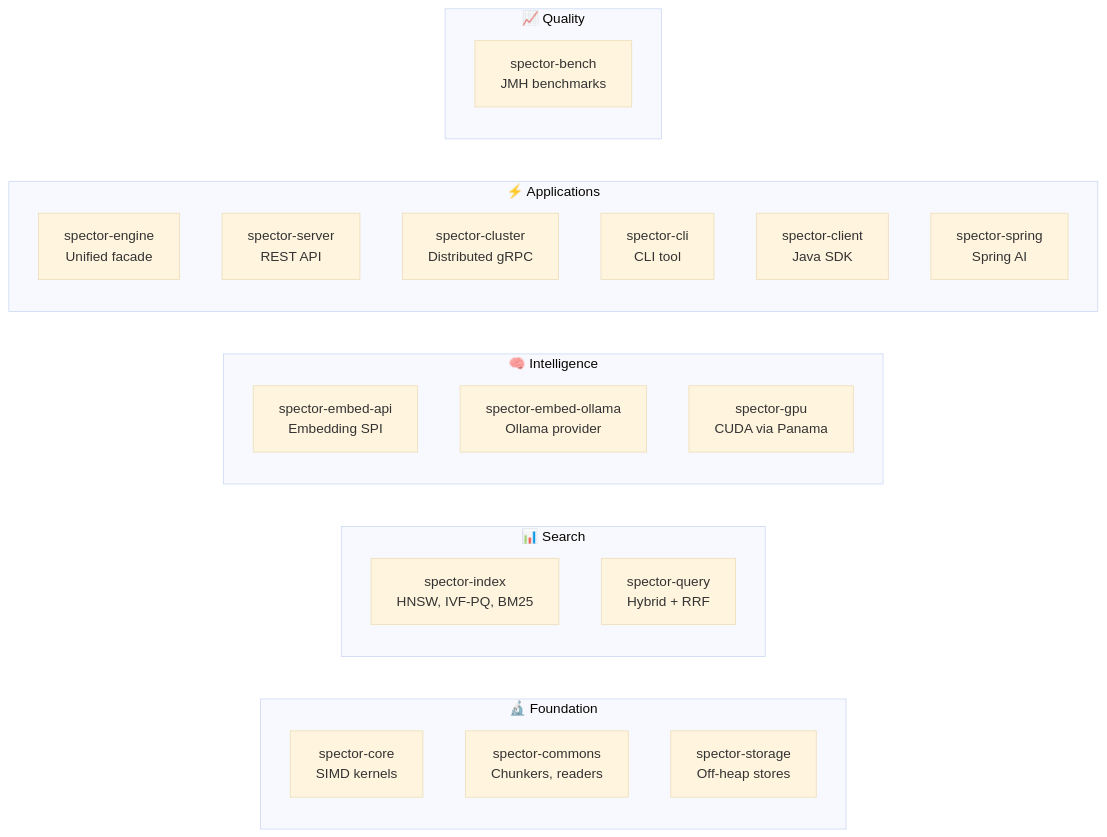
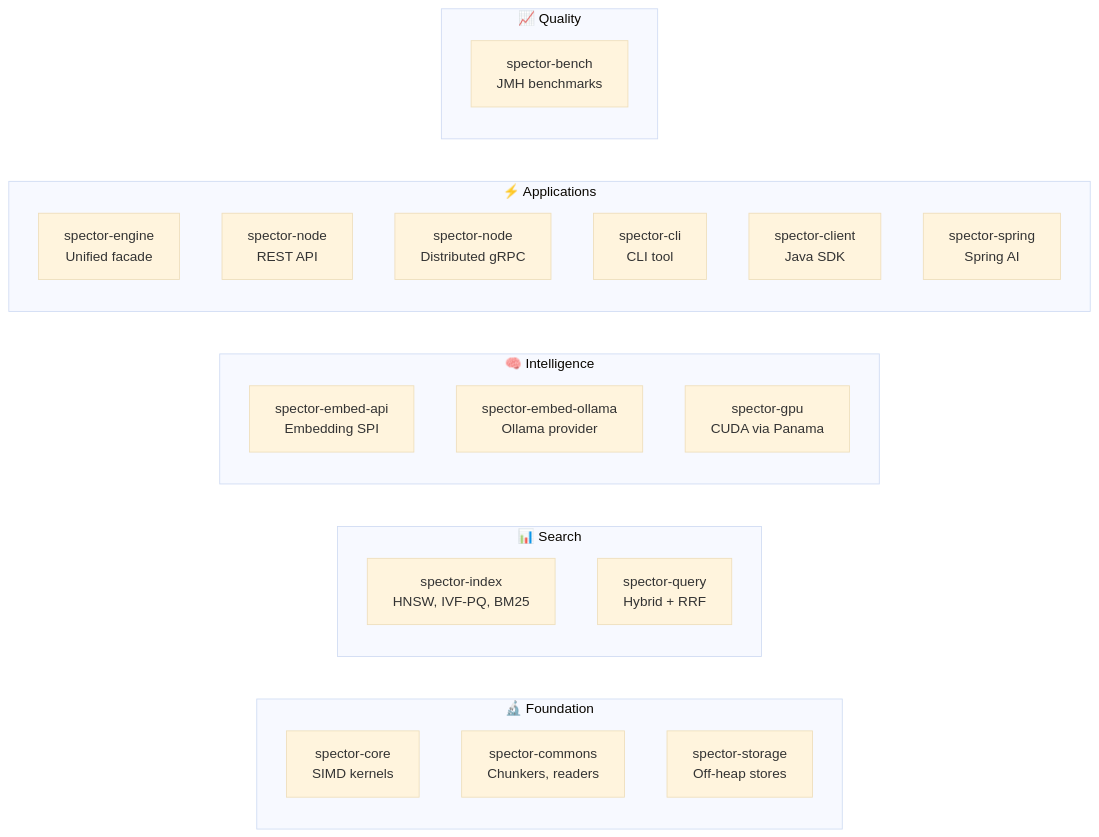
The diagram in docs/docs/operations/contributing.md (spectrayan/spector-search), drawn with Mermaid (base theme) before and after one commit. The commit also changed 22 other files, not shown here.

````diff
--- a/docs/docs/operations/contributing.md
+++ b/docs/docs/operations/contributing.md
@@ -45,32 +45,32 @@
 ```mermaid
 graph LR
     subgraph "🔬 Foundation"
         core["spector-core<br/>SIMD kernels"]
         commons["spector-commons<br/>Chunkers, readers"]
         storage["spector-storage<br/>Off-heap stores"]
     end
 
     subgraph "📊 Search"
         index["spector-index<br/>HNSW, IVF-PQ, BM25"]
         query["spector-query<br/>Hybrid + RRF"]
     end
 
     subgraph "🧠 Intelligence"
         embedapi["spector-embed-api<br/>Embedding SPI"]
         embedollama["spector-embed-ollama<br/>Ollama provider"]
         gpu["spector-gpu<br/>CUDA via Panama"]
     end
 
     subgraph "⚡ Applications"
         engine["spector-engine<br/>Unified facade"]
-        server["spector-server<br/>REST API"]
-        cluster["spector-cluster<br/>Distributed gRPC"]
+        server["spector-node<br/>REST API"]
+        cluster["spector-node<br/>Distributed gRPC"]
         cli["spector-cli<br/>CLI tool"]
         client["spector-client<br/>Java SDK"]
         spring["spector-spring<br/>Spring AI"]
     end
 
     subgraph "📈 Quality"
         bench["spector-bench<br/>JMH benchmarks"]
     end
 ```
````
